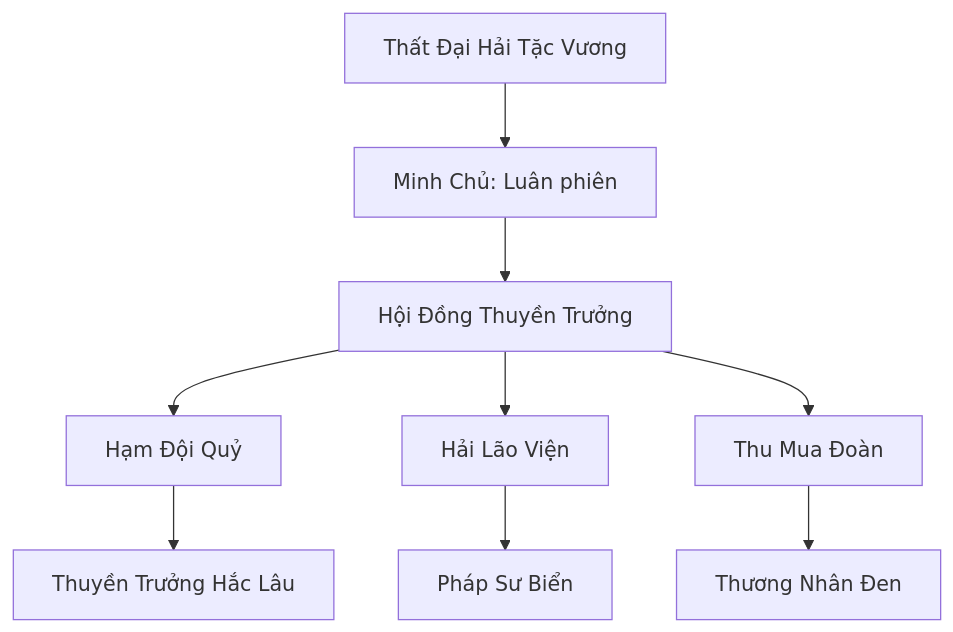
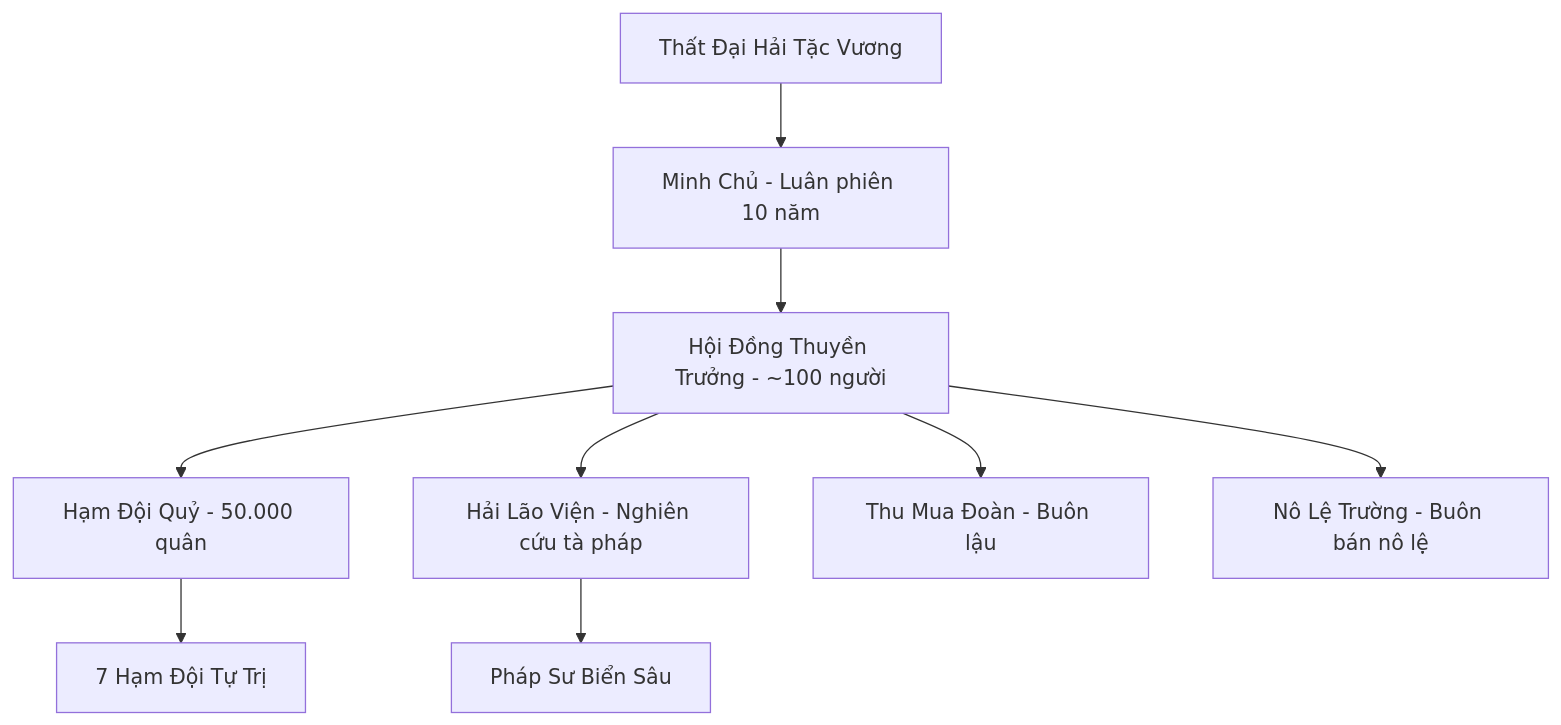
Before and after one commit to Sampi314/Obsidian_Novel_v2: the first of 2 diagrams in Đạo/Thế_Lực/Vô_Tận_Hải/Hắc_Hải_Hải_Tặc.md, drawn with Mermaid. The commit also changed other lines of this file, not shown here.

Commit message:
Mở rộng hồ sơ Hắc Hải Hải Tặc (Vô Tận Hải) — bổ sung chi tiết 11 mục

````diff
--- a/Đạo/Thế_Lực/Vô_Tận_Hải/Hắc_Hải_Hải_Tặc.md
+++ b/Đạo/Thế_Lực/Vô_Tận_Hải/Hắc_Hải_Hải_Tặc.md
@@ -90,11 +90,11 @@
 ```mermaid
 graph TD
-    HTV[Thất Đại Hải Tặc Vương] --> MC[Minh Chủ: Luân phiên]
-    MC --> HDTT[Hội Đồng Thuyền Trưởng]
-    HDTT --> HĐQ[Hạm Đội Quỷ]
-    HDTT --> HLV[Hải Lão Viện]
-    HDTT --> THĐ[Thu Mua Đoàn]
-    HĐQ --> TT[Thuyền Trưởng Hắc Lâu]
-    HLV --> PS[Pháp Sư Biển]
-    THĐ --> TN[Thương Nhân Đen]
+    HTV[Thất Đại Hải Tặc Vương] --> MC[Minh Chủ - Luân phiên 10 năm]
+    MC --> HDTT[Hội Đồng Thuyền Trưởng - ~100 người]
+    HDTT --> HĐQ[Hạm Đội Quỷ - 50.000 quân]
+    HDTT --> HLV[Hải Lão Viện - Nghiên cứu tà pháp]
+    HDTT --> TMĐ[Thu Mua Đoàn - Buôn lậu]
+    HDTT --> NLT[Nô Lệ Trường - Buôn bán nô lệ]
+    HĐQ --> TT[7 Hạm Đội Tự Trị]
+    HLV --> PS[Pháp Sư Biển Sâu]
 ```
````
